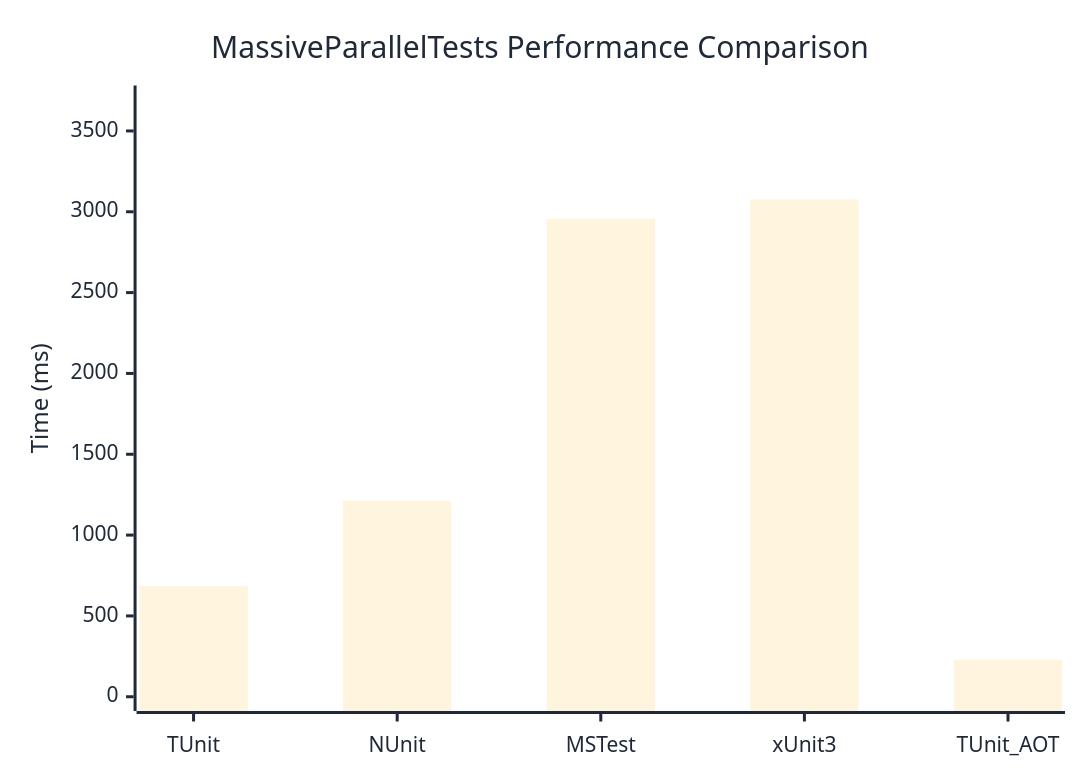
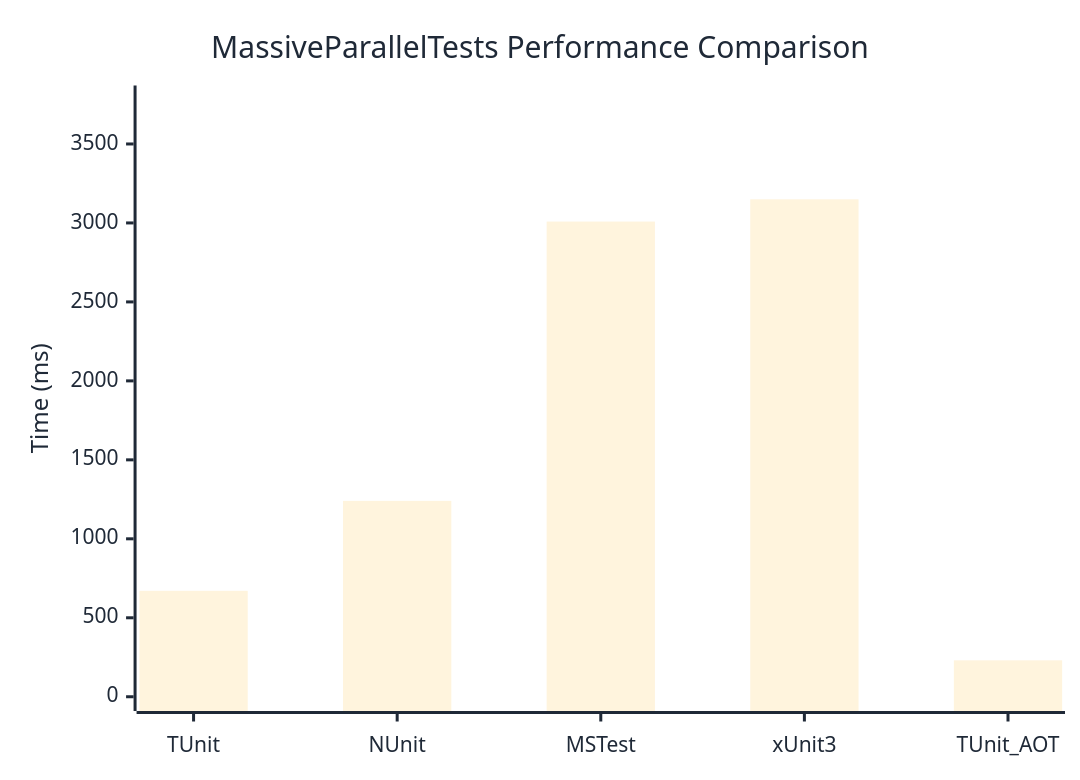
One commit to weiyilai/TUnit changed the diagram in docs/docs/benchmarks/MassiveParallelTests.md. Above: the diagram before and after it, drawn with Mermaid. The commit also changed other lines of this file and 16 other files, not shown here.

````diff
--- a/docs/docs/benchmarks/MassiveParallelTests.md
+++ b/docs/docs/benchmarks/MassiveParallelTests.md
@@ -27,37 +27,37 @@
 ```mermaid
 %%{init: {
   'theme':'base',
   'themeVariables': {
     'primaryColor': '#2563eb',
     'primaryTextColor': '#1f2937',
     'primaryBorderColor': '#1e40af',
     'lineColor': '#6b7280',
     'secondaryColor': '#7c3aed',
     'tertiaryColor': '#dc2626',
     'background': '#ffffff',
     'mainBkg': '#2563eb',
     'secondBkg': '#7c3aed',
     'tertiaryBkg': '#dc2626',
     'clusterBkg': '#f3f4f6',
     'edgeLabelBackground': '#ffffff',
     'tertiaryTextColor': '#1f2937',
     'pie1': '#2563eb',
     'pie2': '#7c3aed',
     'pie3': '#dc2626',
     'pie4': '#f59e0b',
     'pie5': '#10b981',
     'pie6': '#06b6d4',
     'pie7': '#ec4899',
     'pie8': '#6366f1',
     'pie9': '#84cc16',
     'pie10': '#f97316',
     'pie11': '#14b8a6',
     'pie12': '#a855f7'
   }
 }}%%
 xychart-beta
   title "MassiveParallelTests Performance Comparison"
   x-axis ["TUnit", "NUnit", "MSTest", "xUnit3", "TUnit_AOT"]
-  y-axis "Time (ms)" 0 --> 3693
-  bar [684.7, 1212.5, 2956.8, 3077.1, 229.3]
+  y-axis "Time (ms)" 0 --> 3780
+  bar [670.7, 1240.3, 3008.7, 3149.7, 230.6]
 ```
````
